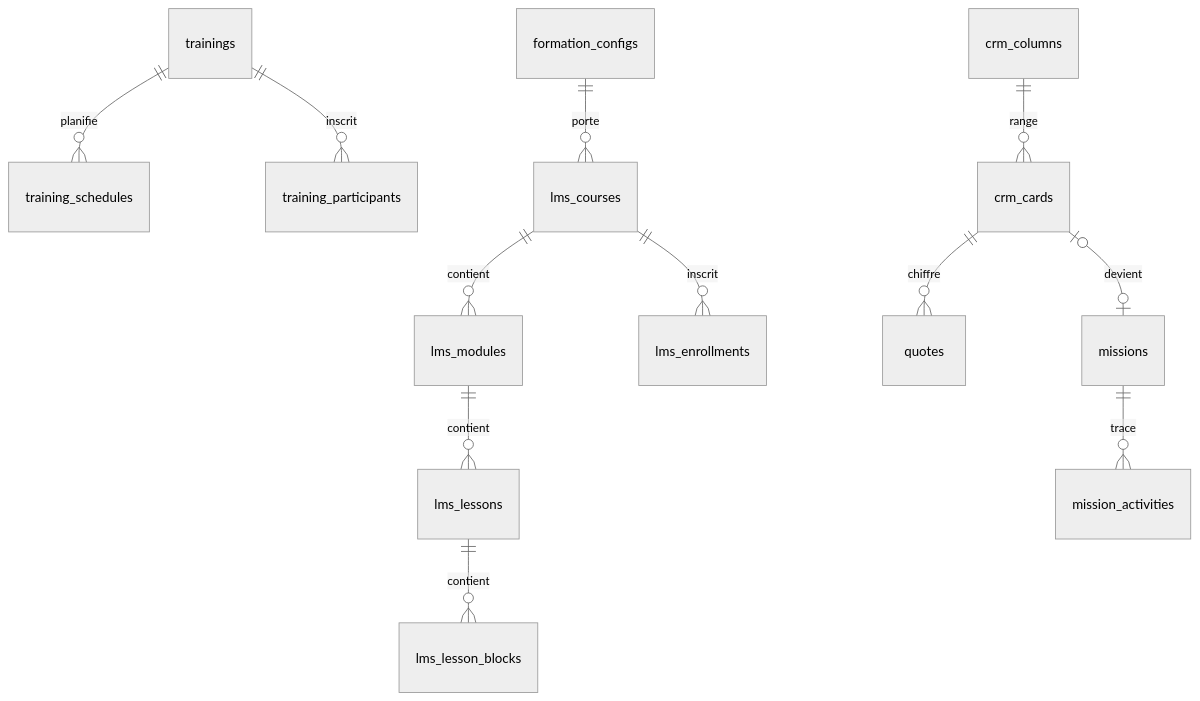
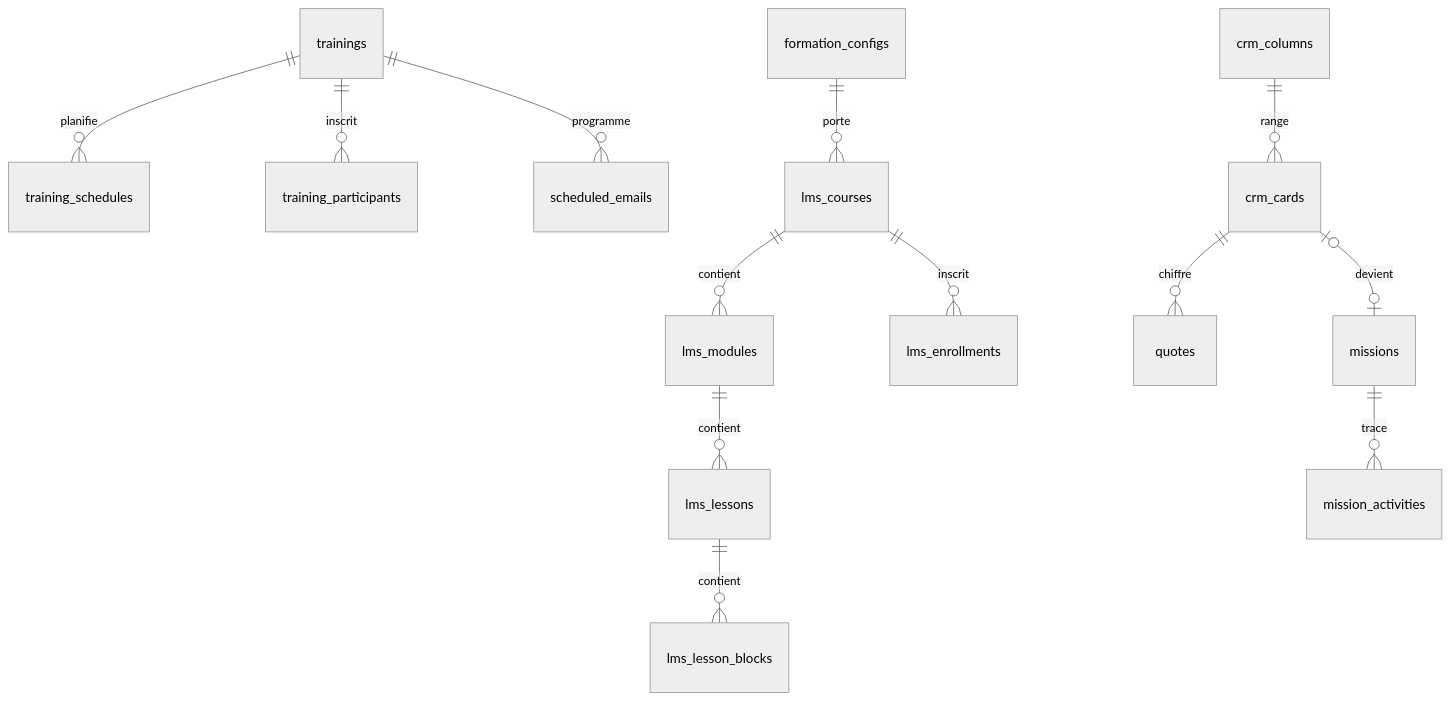
One commit to romaincouturier/super-tools changed the third of 3 diagrams in _bmad-output/planning-artifacts/architecture/architecture-super-tools-2026-09-24/ARCHITECTURE-SPINE.md. Above: the diagram before and after it, drawn with Mermaid (neutral theme). The commit also changed other lines of this file and 2 other files, not shown here.

First line of the commit message:
docs(bmad): spine d'architecture de super-tools (existant ratifié, 15 AD, relectures)

````diff
--- a/_bmad-output/planning-artifacts/architecture/architecture-super-tools-2026-09-24/ARCHITECTURE-SPINE.md
+++ b/_bmad-output/planning-artifacts/architecture/architecture-super-tools-2026-09-24/ARCHITECTURE-SPINE.md
@@ -178,14 +218,15 @@
 ```mermaid
 erDiagram
   trainings ||--o{ training_schedules : planifie
   trainings ||--o{ training_participants : inscrit
+  trainings ||--o{ scheduled_emails : programme
   formation_configs ||--o{ lms_courses : porte
   lms_courses ||--o{ lms_modules : contient
   lms_modules ||--o{ lms_lessons : contient
   lms_lessons ||--o{ lms_lesson_blocks : contient
   lms_courses ||--o{ lms_enrollments : inscrit
   crm_columns ||--o{ crm_cards : range
   crm_cards ||--o{ quotes : chiffre
   crm_cards |o--o| missions : devient
   missions ||--o{ mission_activities : trace
 ```
````
